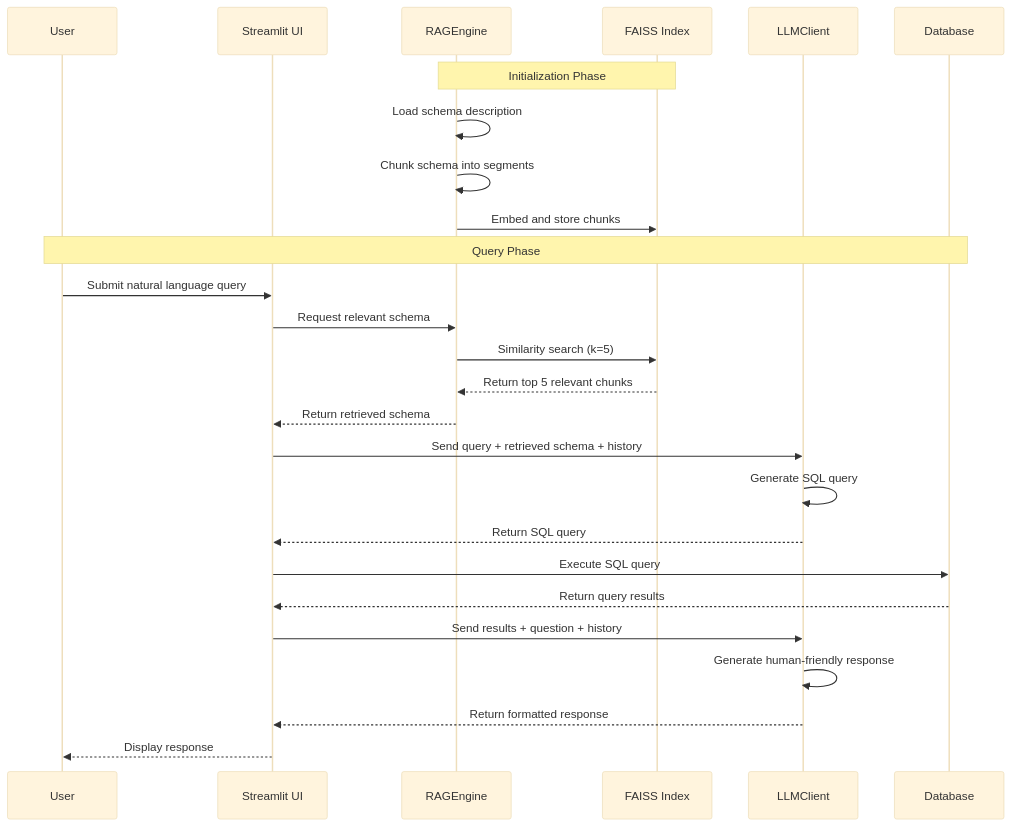
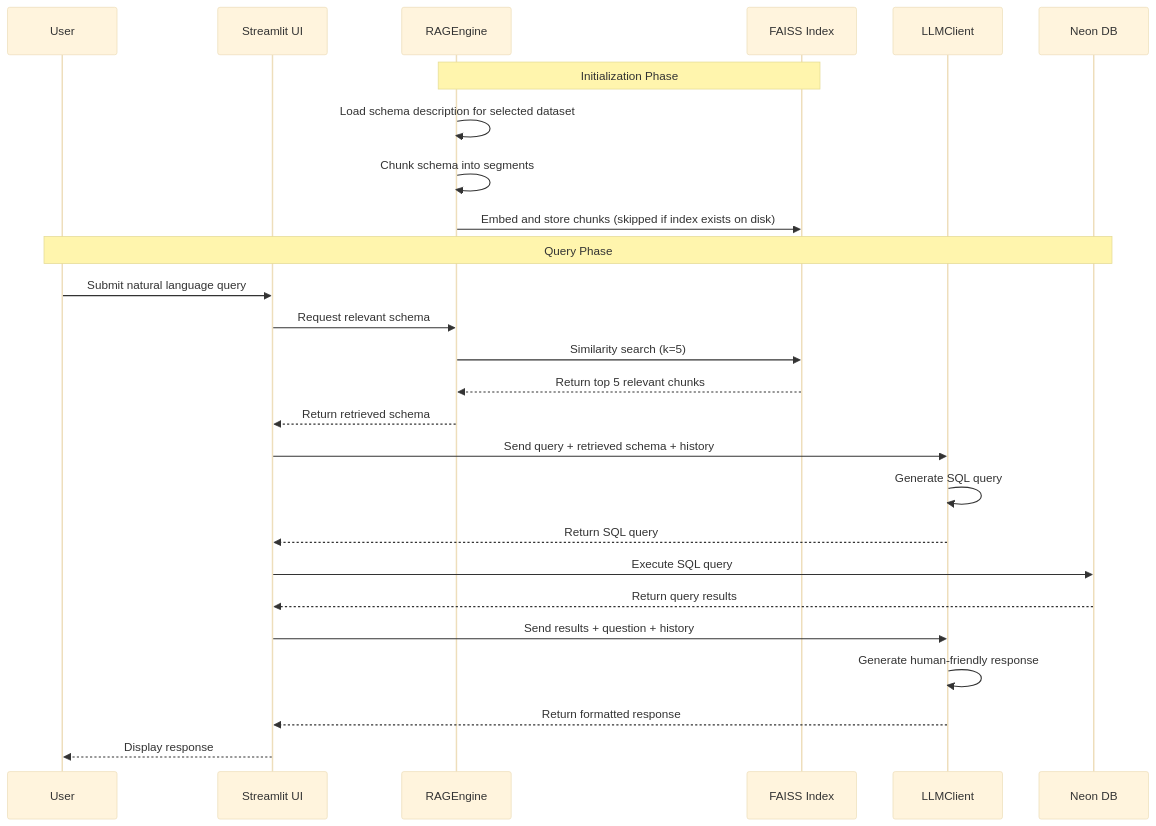
The second of 2 diagrams in README.md (mcikalmerdeka/business-intelligence-chatbot), drawn with Mermaid (base theme) before and after one commit. The commit also changed other lines of this file, not shown here.

Commit message:
docs: update README to reflect changes in dataset structure and documentation. Clarified the organization of FAISS index storage per dataset and updated table counts for Olist and WRS EHR databases. Enhanced installation instructions and usage examples for improved user guidance.

````diff
--- a/README.md
+++ b/README.md
@@ -299,30 +310,30 @@
 ```mermaid
 sequenceDiagram
     participant User
     participant Streamlit UI
     participant RAGEngine
     participant FAISS Index
     participant LLMClient
-    participant Database
+    participant Neon DB
 
     Note over RAGEngine,FAISS Index: Initialization Phase
-    RAGEngine->>RAGEngine: Load schema description
+    RAGEngine->>RAGEngine: Load schema description for selected dataset
     RAGEngine->>RAGEngine: Chunk schema into segments
-    RAGEngine->>FAISS Index: Embed and store chunks
+    RAGEngine->>FAISS Index: Embed and store chunks (skipped if index exists on disk)
 
-    Note over User,Database: Query Phase
+    Note over User,Neon DB: Query Phase
     User->>Streamlit UI: Submit natural language query
     Streamlit UI->>RAGEngine: Request relevant schema
     RAGEngine->>FAISS Index: Similarity search (k=5)
     FAISS Index-->>RAGEngine: Return top 5 relevant chunks
     RAGEngine-->>Streamlit UI: Return retrieved schema
     Streamlit UI->>LLMClient: Send query + retrieved schema + history
     LLMClient->>LLMClient: Generate SQL query
     LLMClient-->>Streamlit UI: Return SQL query
-    Streamlit UI->>Database: Execute SQL query
-    Database-->>Streamlit UI: Return query results
+    Streamlit UI->>Neon DB: Execute SQL query
+    Neon DB-->>Streamlit UI: Return query results
     Streamlit UI->>LLMClient: Send results + question + history
     LLMClient->>LLMClient: Generate human-friendly response
     LLMClient-->>Streamlit UI: Return formatted response
     Streamlit UI-->>User: Display response
 ```
````
